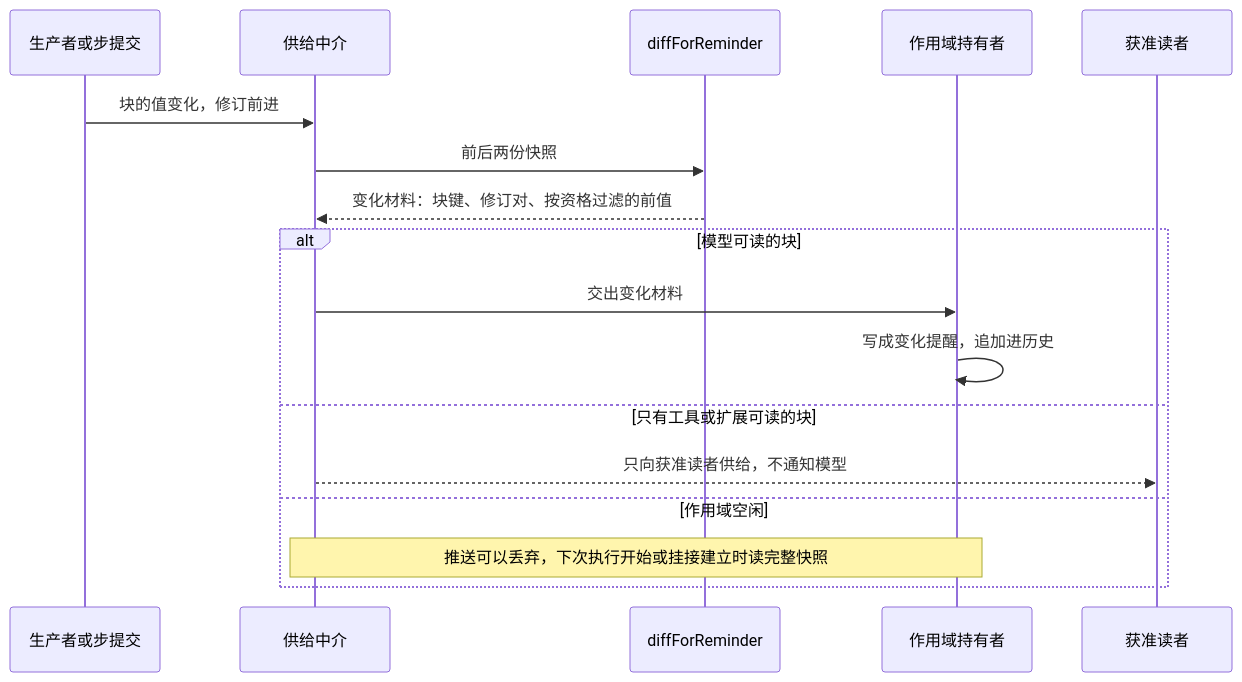
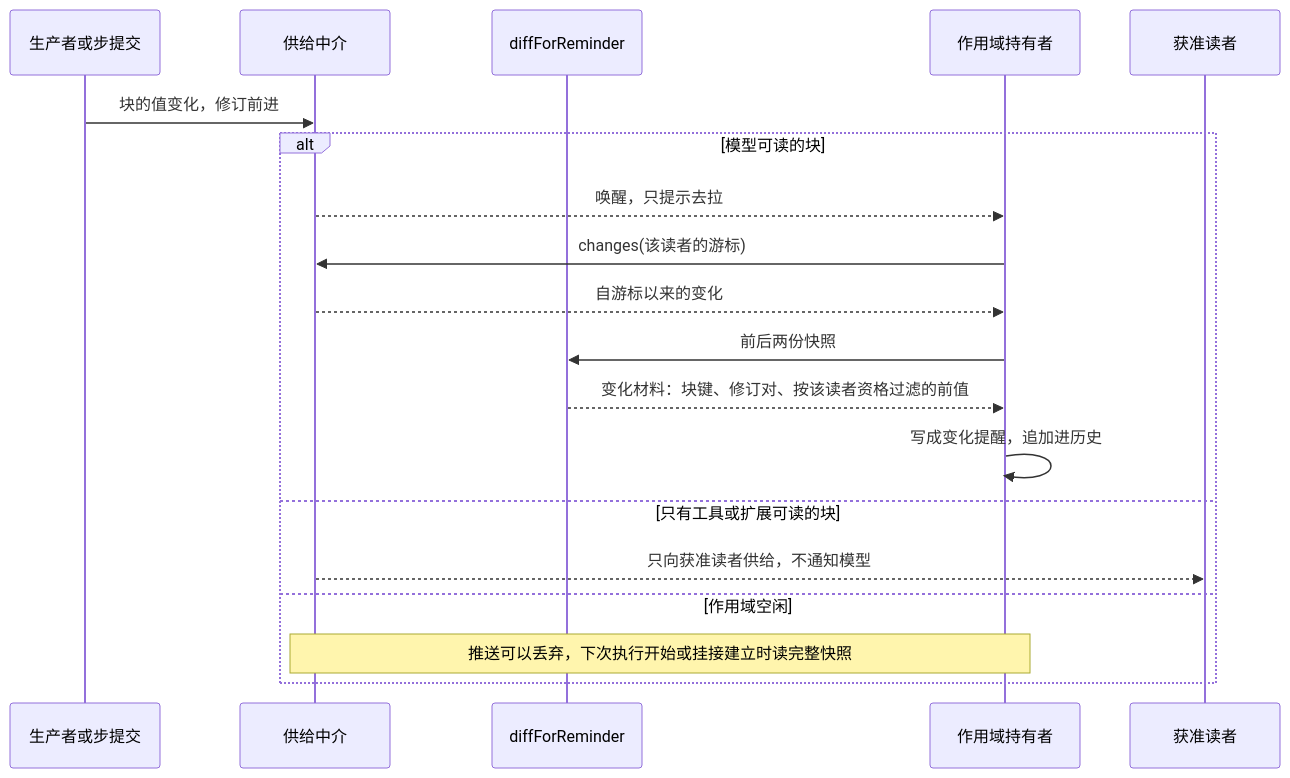
Before and after one commit to nemori-ai/omne-harness-lite: the sixth of 8 diagrams in packages/context/runtime-context-contract/docs/flows.md, drawn with Mermaid. The commit also changed other lines of this file and 70 other files, not shown here.

````diff
--- a/packages/context/runtime-context-contract/docs/flows.md
+++ b/packages/context/runtime-context-contract/docs/flows.md
@@ -162,19 +162,21 @@
 ```mermaid
 sequenceDiagram
   participant P as 生产者或步提交
   participant M as 供给中介
   participant F as diffForReminder
   participant H as 作用域持有者
   participant R as 获准读者
   P->>M: 块的值变化，修订前进
-  M->>F: 前后两份快照
-  F-->>M: 变化材料：块键、修订对、按资格过滤的前值
   alt 模型可读的块
-    M->>H: 交出变化材料
+    M-->>H: 唤醒，只提示去拉
+    H->>M: changes(该读者的游标)
+    M-->>H: 自游标以来的变化
+    H->>F: 前后两份快照
+    F-->>H: 变化材料：块键、修订对、按该读者资格过滤的前值
     H->>H: 写成变化提醒，追加进历史
   else 只有工具或扩展可读的块
     M-->>R: 只向获准读者供给，不通知模型
   else 作用域空闲
     Note over M,H: 推送可以丢弃，下次执行开始或挂接建立时读完整快照
   end
 ```
````
